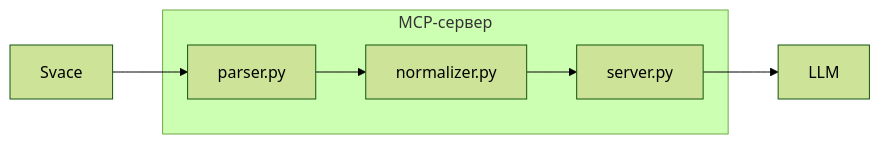
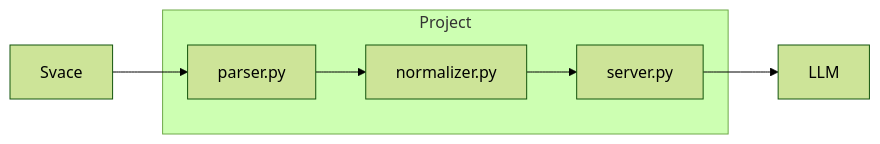
The diagram in docs/architecture.md (Otto-7/mcp), drawn with Mermaid (forest theme) before and after one commit.

Commit message:
Rename subgraph from 'MCP-сервер' to 'Project'

````diff
--- a/docs/architecture.md
+++ b/docs/architecture.md
@@ -1,16 +1,16 @@
 ```mermaid
 flowchart LR
     Svace["Svace"]
     LLM["LLM"]
 
-    subgraph System["MCP-сервер"]
+    subgraph System["Project"]
         Parser["parser.py"]
         Normalizer["normalizer.py"]
         Server["server.py"]
         Parser --> Normalizer
         Normalizer --> Server
     end
 
     Svace --> Parser
     Server --> LLM
 ```
````
